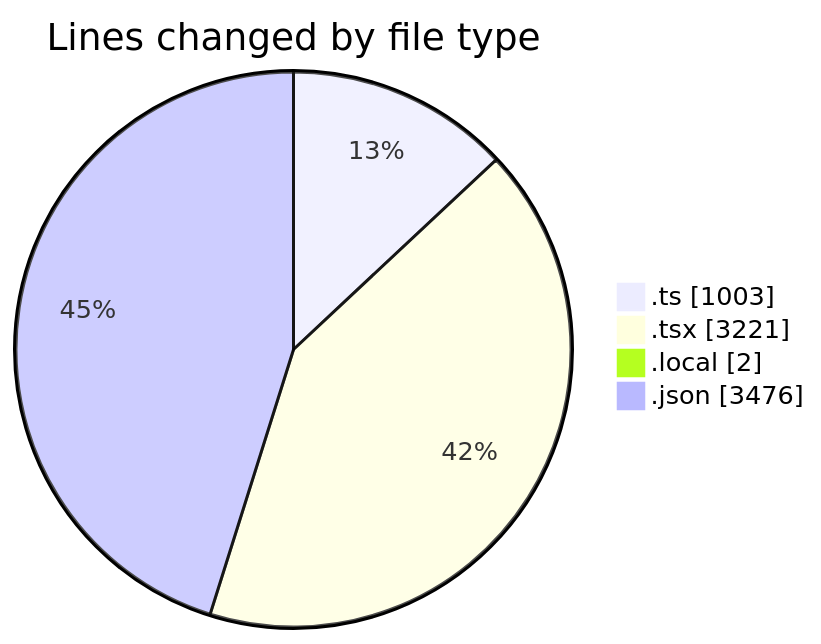
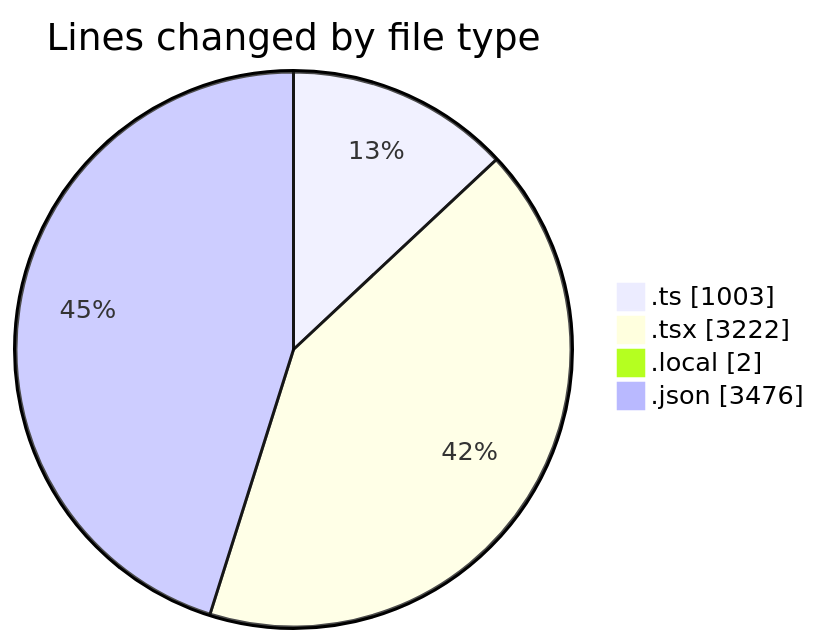
One commit to julien-gomy/code-tracking changed the first of 2 diagrams in 2025-10-28/eventscop-frontend-guide__workspace_/README.md. Above: the diagram before and after it, drawn with Mermaid. The commit also changed other lines of this file and 1 other file, not shown here.

````diff
--- a/2025-10-28/eventscop-frontend-guide__workspace_/README.md
+++ b/2025-10-28/eventscop-frontend-guide__workspace_/README.md
@@ -46,8 +46,8 @@
 ```mermaid
 pie showData
 title Lines changed by file type
 ".ts" : 1003
-".tsx" : 3221
+".tsx" : 3222
 ".local" : 2
 ".json" : 3476
 ```
````
